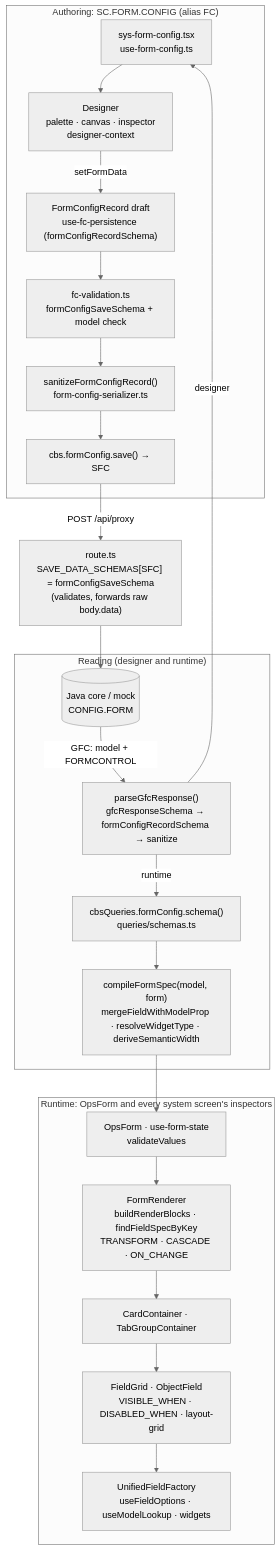
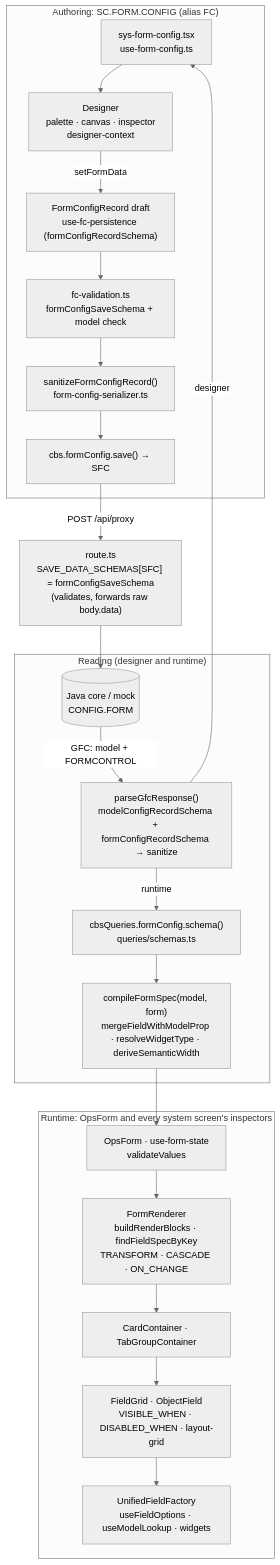
The diagram in docs/devs/FORM_CONFIG_AUDIT_PLAN.md (HadiuzzamanBappy/janata-cbs), drawn with Mermaid (neutral theme) before and after one commit. The commit also changed other lines of this file and 6 other files, not shown here.

Commit message:
fix(form-config):strip unknown field keys forward parsed save data drop radio prefix alias and model widget reads

````diff
--- a/docs/devs/FORM_CONFIG_AUDIT_PLAN.md
+++ b/docs/devs/FORM_CONFIG_AUDIT_PLAN.md
@@ -63,26 +63,26 @@
 ```mermaid
 flowchart TB
   subgraph Author["Authoring: SC.FORM.CONFIG (alias FC)"]
     SFC_UI["sys-form-config.tsx<br/>use-form-config.ts"] --> DSG["Designer<br/>palette · canvas · inspector<br/>designer-context"]
     DSG -->|"setFormData"| DRAFT["FormConfigRecord draft<br/>use-fc-persistence (formConfigRecordSchema)"]
     DRAFT --> VAL["fc-validation.ts<br/>formConfigSaveSchema + model check"]
     VAL --> SAN["sanitizeFormConfigRecord()<br/>form-config-serializer.ts"]
     SAN --> PAY["cbs.formConfig.save() → SFC"]
   end
 
   PAY -->|"POST /api/proxy"| PROXY["route.ts<br/>SAVE_DATA_SCHEMAS[SFC] = formConfigSaveSchema<br/>(validates, forwards raw body.data)"]
   PROXY --> CORE[("Java core / mock<br/>CONFIG.FORM")]
 
   subgraph Read["Reading (designer and runtime)"]
-    CORE -->|"GFC: model + FORMCONTROL"| PARSE["parseGfcResponse()<br/>gfcResponseSchema → formConfigRecordSchema → sanitize"]
+    CORE -->|"GFC: model + FORMCONTROL"| PARSE["parseGfcResponse()<br/>modelConfigRecordSchema + formConfigRecordSchema → sanitize"]
     PARSE -->|"designer"| SFC_UI
     PARSE -->|"runtime"| Q["cbsQueries.formConfig.schema()<br/>queries/schemas.ts"]
     Q --> COMPILE["compileFormSpec(model, form)<br/>mergeFieldWithModelProp · resolveWidgetType · deriveSemanticWidth"]
   end
 
   subgraph Run["Runtime: OpsForm and every system screen's inspectors"]
     COMPILE --> OPS["OpsForm · use-form-state<br/>validateValues"]
     OPS --> FR["FormRenderer<br/>buildRenderBlocks · findFieldSpecByKey<br/>TRANSFORM · CASCADE · ON_CHANGE"]
     FR --> CONT["CardContainer · TabGroupContainer"] --> GRID["FieldGrid · ObjectField<br/>VISIBLE_WHEN · DISABLED_WHEN · layout-grid"] --> FF["UnifiedFieldFactory<br/>useFieldOptions · useModelLookup · widgets"]
   end
 ```
````
